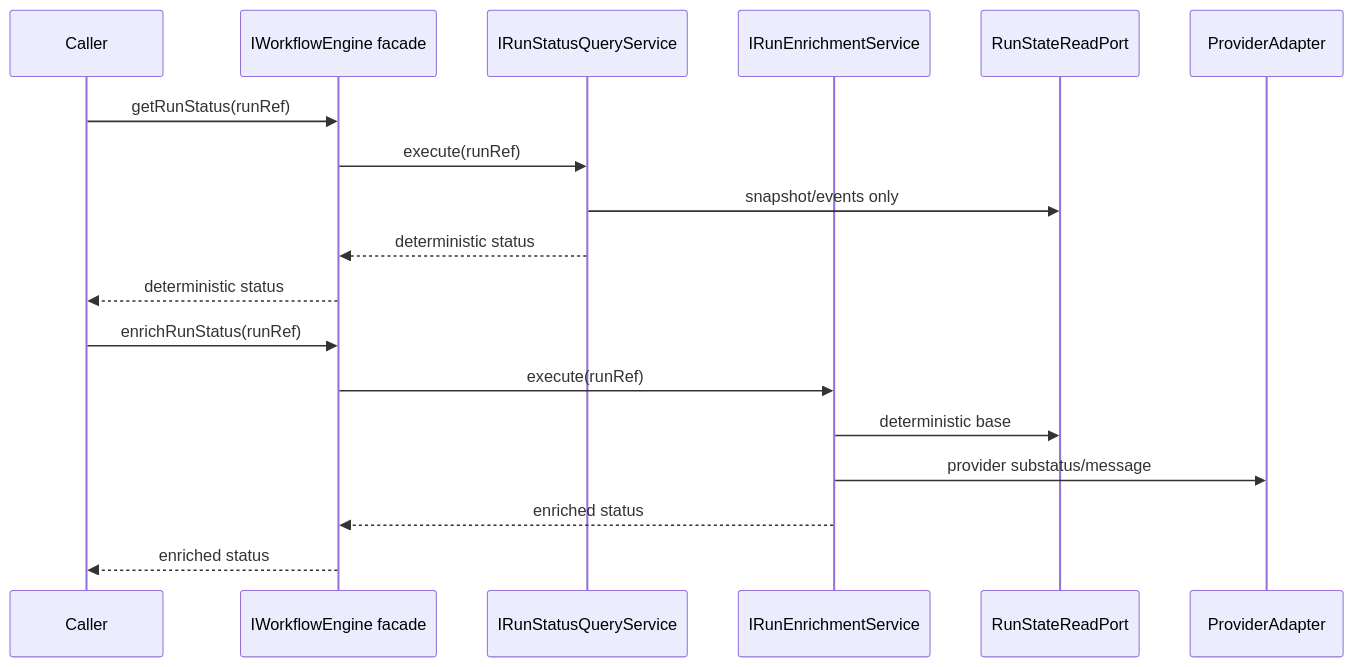
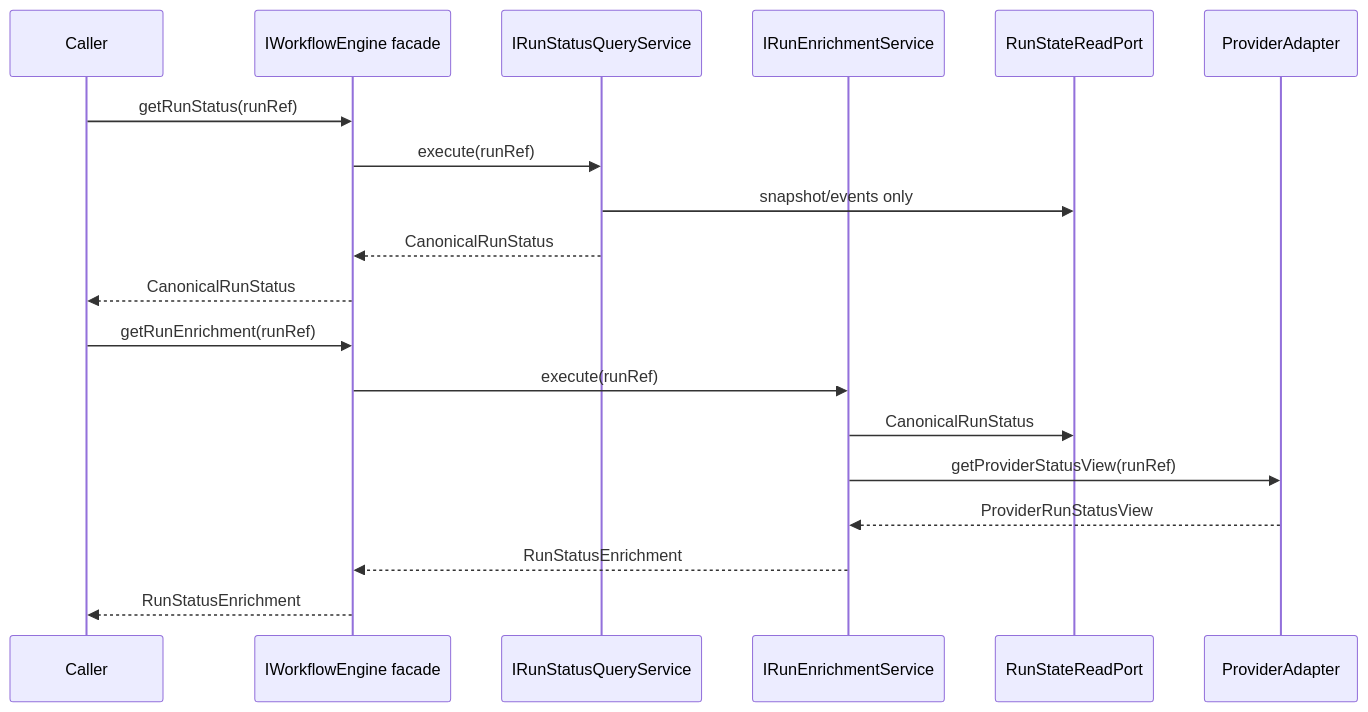
The fifth of 6 diagrams in docs/architecture/components/engine/architecture/workflow-engine-target-architecture.v1.md (dunay2/dvt), drawn with Mermaid before and after one commit. The commit also changed other lines of this file and 63 other files, not shown here.

Commit message:
docs(docs): Reset engine contract pack and split run status models

````diff
--- a/docs/architecture/components/engine/architecture/workflow-engine-target-architecture.v1.md
+++ b/docs/architecture/components/engine/architecture/workflow-engine-target-architecture.v1.md
@@ -248,22 +248,23 @@
 ```mermaid
 sequenceDiagram
   participant Client as Caller
   participant Facade as IWorkflowEngine facade
   participant Query as IRunStatusQueryService
   participant Enrich as IRunEnrichmentService
   participant State as RunStateReadPort
   participant Provider as ProviderAdapter
 
   Client->>Facade: getRunStatus(runRef)
   Facade->>Query: execute(runRef)
   Query->>State: snapshot/events only
-  Query-->>Facade: deterministic status
-  Facade-->>Client: deterministic status
+  Query-->>Facade: CanonicalRunStatus
+  Facade-->>Client: CanonicalRunStatus
 
-  Client->>Facade: enrichRunStatus(runRef)
+  Client->>Facade: getRunEnrichment(runRef)
   Facade->>Enrich: execute(runRef)
-  Enrich->>State: deterministic base
-  Enrich->>Provider: provider substatus/message
-  Enrich-->>Facade: enriched status
-  Facade-->>Client: enriched status
+  Enrich->>State: CanonicalRunStatus
+  Enrich->>Provider: getProviderStatusView(runRef)
+  Provider-->>Enrich: ProviderRunStatusView
+  Enrich-->>Facade: RunStatusEnrichment
+  Facade-->>Client: RunStatusEnrichment
 ```
````
